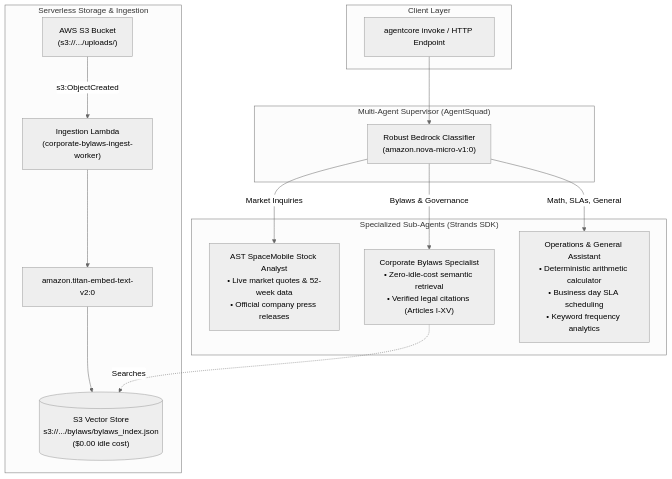
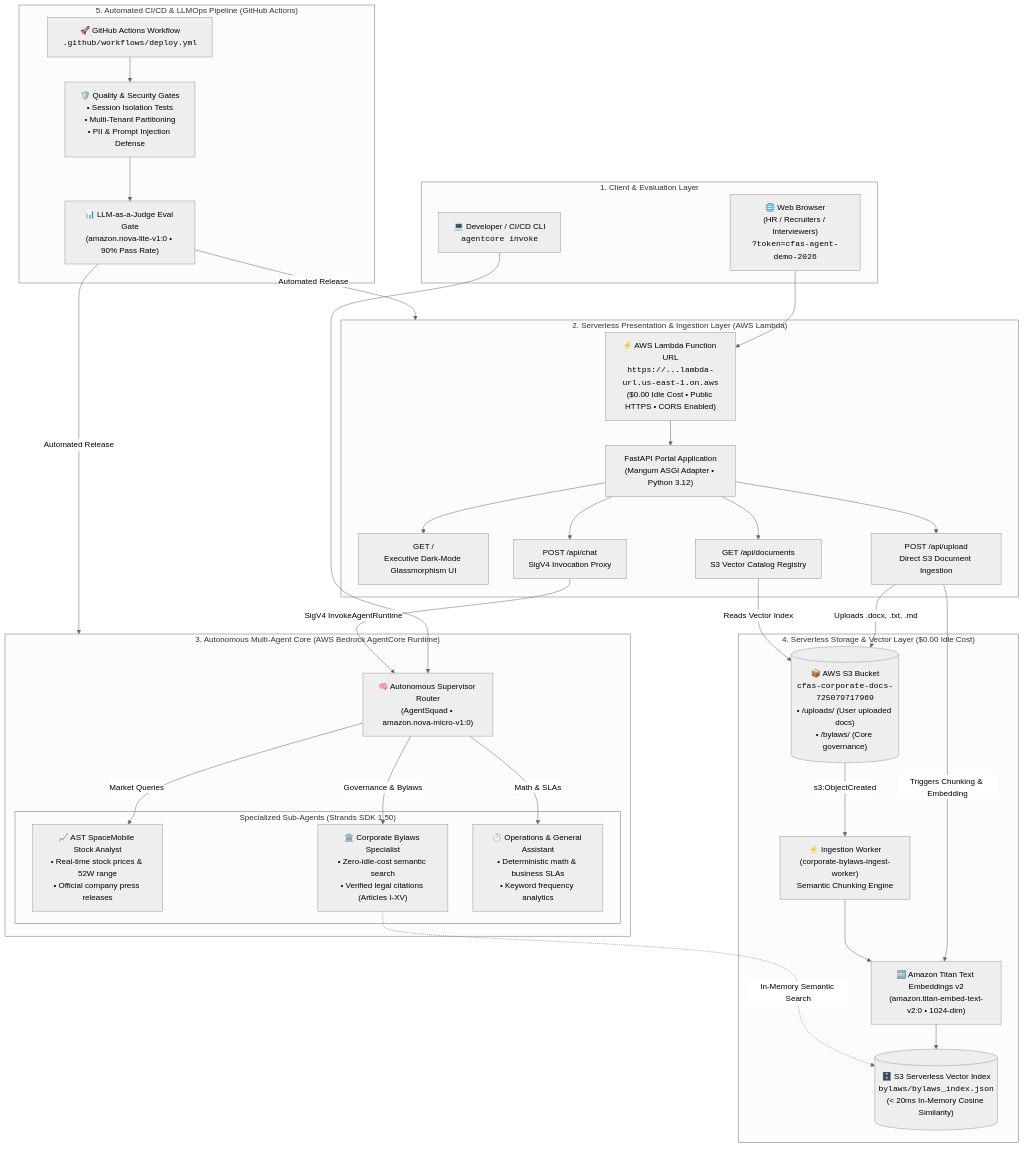
Before and after one commit to jr192/BedrockAgentCoreApp: the diagram in README.md, drawn with Mermaid (neutral theme). The commit also changed other lines of this file, not shown here.

Commit message:
docs: update architecture design with dual-tier serverless portal & Lambda Function URL

````diff
--- a/README.md
+++ b/README.md
@@ -28,28 +28,77 @@
 ```mermaid
 flowchart TD
-    subgraph Client ["Client Layer"]
-        CLI["agentcore invoke / HTTP Endpoint"]
+    subgraph Clients ["1. Client & Evaluation Layer"]
+        BROWSER["🌐 Web Browser<br/>(HR / Recruiters / Interviewers)<br/><code>?token=cfas-agent-demo-2026</code>"]
+        CLI["💻 Developer / CI/CD CLI<br/><code>agentcore invoke</code>"]
     end
 
-    subgraph Supervisor ["Multi-Agent Supervisor (AgentSquad)"]
-        CLASS["Robust Bedrock Classifier<br/>(amazon.nova-micro-v1:0)"]
+    subgraph PortalLayer ["2. Serverless Presentation & Ingestion Layer (AWS Lambda)"]
+        FURL["⚡ AWS Lambda Function URL<br/><code>https://...lambda-url.us-east-1.on.aws</code><br/>($0.00 Idle Cost • Public HTTPS • CORS Enabled)"]
+        FASTAPI["FastAPI Portal Application<br/>(Mangum ASGI Adapter • Python 3.12)"]
+        
+        EP1["GET /<br/>Executive Dark-Mode Glassmorphism UI"]
+        EP2["POST /api/upload<br/>Direct S3 Document Ingestion"]
+        EP3["GET /api/documents<br/>S3 Vector Catalog Registry"]
+        EP4["POST /api/chat<br/>SigV4 Invocation Proxy"]
     end
 
-    subgraph Agents ["Specialized Sub-Agents (Strands SDK)"]
-        A1["AST SpaceMobile Stock Analyst<br/>• Live market quotes & 52-week data<br/>• Official company press releases"]
-        A2["Corporate Bylaws Specialist<br/>• Zero-idle-cost semantic retrieval<br/>• Verified legal citations (Articles I-XV)"]
-        A3["Operations & General Assistant<br/>• Deterministic arithmetic calculator<br/>• Business day SLA scheduling<br/>• Keyword frequency analytics"]
+    subgraph AgentCoreLayer ["3. Autonomous Multi-Agent Core (AWS Bedrock AgentCore Runtime)"]
+        SUPERVISOR["🧠 Autonomous Supervisor Router<br/>(AgentSquad • amazon.nova-micro-v1:0)"]
+        
+        subgraph SubAgents ["Specialized Sub-Agents (Strands SDK 1.50)"]
+            A1["📈 AST SpaceMobile Stock Analyst<br/>• Real-time stock prices & 52W range<br/>• Official company press releases"]
+            A2["🏛️ Corporate Bylaws Specialist<br/>• Zero-idle-cost semantic search<br/>• Verified legal citations (Articles I-XV)"]
+            A3["⏱️ Operations & General Assistant<br/>• Deterministic math & business SLAs<br/>• Keyword frequency analytics"]
+        end
     end
 
-    subgraph Storage ["Serverless Storage & Ingestion"]
-        S3["AWS S3 Bucket<br/>(s3://.../uploads/)"] -->|s3:ObjectCreated| LAMBDA["Ingestion Lambda<br/>(corporate-bylaws-ingest-worker)"]
-        LAMBDA --> TITAN["amazon.titan-embed-text-v2:0"]
-        TITAN --> VEC[("S3 Vector Store<br/>s3://.../bylaws/bylaws_index.json<br/>($0.00 idle cost)")]
+    subgraph StorageLayer ["4. Serverless Storage & Vector Layer ($0.00 Idle Cost)"]
+        S3_DOCS[("📦 AWS S3 Bucket<br/><code>cfas-corporate-docs-725079717969</code><br/>• /uploads/ (User uploaded docs)<br/>• /bylaws/ (Core governance)")]
+        
+        INGEST_WORKER["⚡ Ingestion Worker<br/>(corporate-bylaws-ingest-worker)<br/>Semantic Chunking Engine"]
+        
+        TITAN["🔤 Amazon Titan Text Embeddings v2<br/>(amazon.titan-embed-text-v2:0 • 1024-dim)"]
+        
+        VEC_STORE[("🗄️ S3 Serverless Vector Index<br/><code>bylaws/bylaws_index.json</code><br/>(< 20ms In-Memory Cosine Similarity)")]
     end
 
-    CLI --> CLASS
-    CLASS -->|Market Inquiries| A1
-    CLASS -->|Bylaws & Governance| A2
-    CLASS -->|Math, SLAs, General| A3
-    A2 -.->|Searches| VEC
+    subgraph CICDLayer ["5. Automated CI/CD & LLMOps Pipeline (GitHub Actions)"]
+        GHA["🚀 GitHub Actions Workflow<br/><code>.github/workflows/deploy.yml</code>"]
+        GATES["🛡️ Quality & Security Gates<br/>• Session Isolation Tests<br/>• Multi-Tenant Partitioning<br/>• PII & Prompt Injection Defense"]
+        EVAL_JUDGE["📊 LLM-as-a-Judge Eval Gate<br/>(amazon.nova-lite-v1:0 • 90% Pass Rate)"]
+    end
+
+    %% Client Connections
+    BROWSER --> FURL
+    FURL --> FASTAPI
+    FASTAPI --> EP1
+    FASTAPI --> EP2
+    FASTAPI --> EP3
+    FASTAPI --> EP4
+
+    %% CLI / Direct Access
+    CLI --> SUPERVISOR
+
+    %% Portal to Backend
+    EP4 -->|SigV4 InvokeAgentRuntime| SUPERVISOR
+    EP2 -->|Uploads .docx, .txt, .md| S3_DOCS
+    EP2 -->|Triggers Chunking & Embedding| TITAN
+    EP3 -->|Reads Vector Index| S3_DOCS
+
+    %% Event Driven Ingestion
+    S3_DOCS -->|s3:ObjectCreated| INGEST_WORKER
+    INGEST_WORKER --> TITAN
+    TITAN --> VEC_STORE
+
+    %% Supervisor Routing
+    SUPERVISOR -->|Market Queries| A1
+    SUPERVISOR -->|Governance & Bylaws| A2
+    SUPERVISOR -->|Math & SLAs| A3
+    A2 -.->|In-Memory Semantic Search| VEC_STORE
+
+    %% CI/CD
+    GHA --> GATES
+    GATES --> EVAL_JUDGE
+    EVAL_JUDGE -->|Automated Release| AgentCoreLayer
+    EVAL_JUDGE -->|Automated Release| PortalLayer
 ```
````
